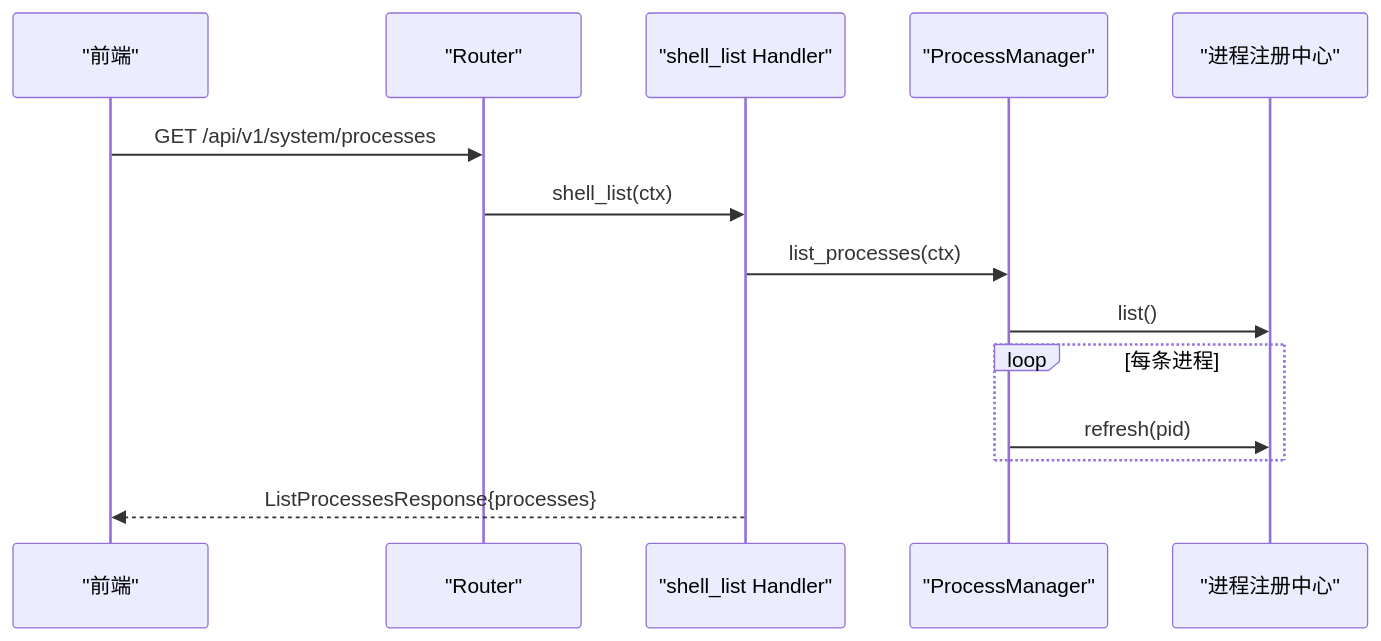
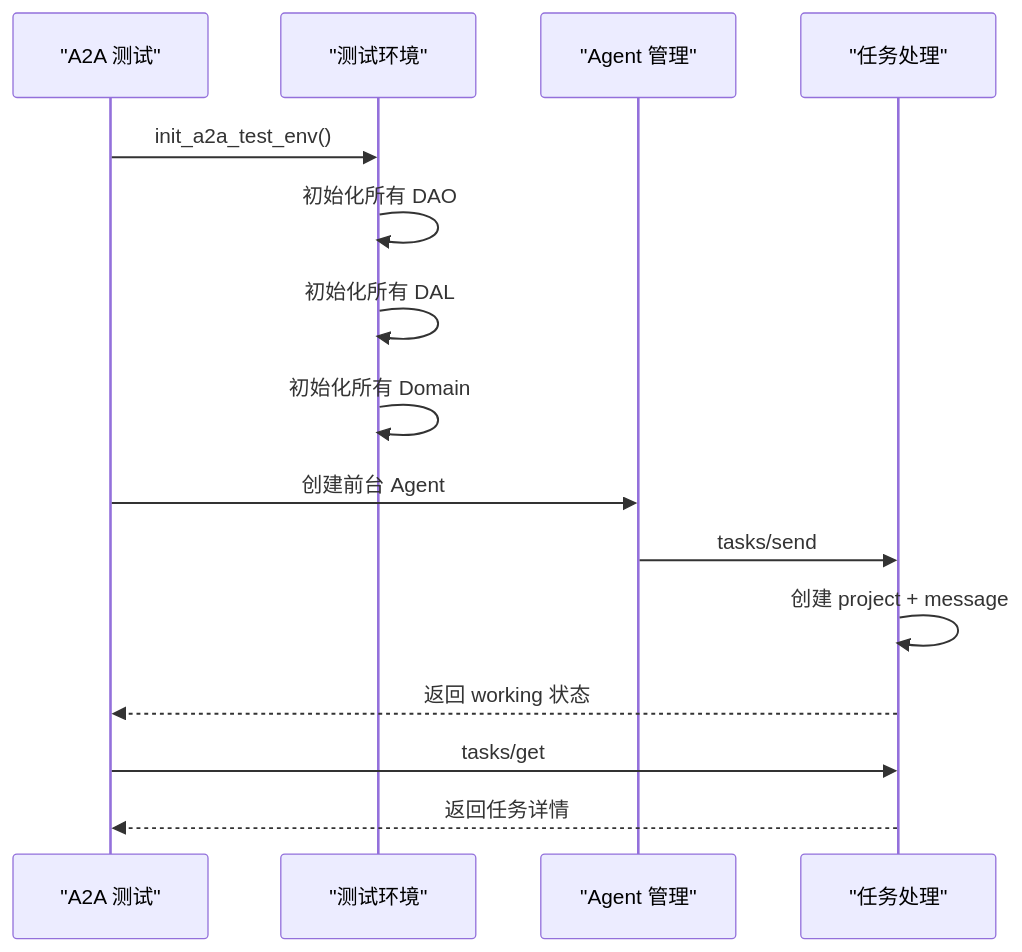
One commit to runningcoders/ai_orz changed the fourth of 5 diagrams in .qoder/repowiki/zh/content/测试指南/端到端测试基础设施.md. Above: the diagram before and after it, drawn with Mermaid. The commit also changed other lines of this file and 5 other files, not shown here.

````diff
--- a/.qoder/repowiki/zh/content/测试指南/端到端测试基础设施.md
+++ b/.qoder/repowiki/zh/content/测试指南/端到端测试基础设施.md
@@ -163,16 +168,17 @@
 ```mermaid
 sequenceDiagram
-participant FE as "前端"
-participant RT as "Router"
-participant HD as "shell_list Handler"
-participant PM as "ProcessManager"
-participant REG as "进程注册中心"
-FE->>RT : GET /api/v1/system/processes
-RT->>HD : shell_list(ctx)
-HD->>PM : list_processes(ctx)
-PM->>REG : list()
-loop 每条进程
-PM->>REG : refresh(pid)
-end
-HD-->>FE : ListProcessesResponse{processes}
+participant Test as "A2A 测试"
+participant Env as "测试环境"
+participant Agent as "Agent 管理"
+participant Task as "任务处理"
+Test->>Env : init_a2a_test_env()
+Env->>Env : 初始化所有 DAO
+Env->>Env : 初始化所有 DAL
+Env->>Env : 初始化所有 Domain
+Test->>Agent : 创建前台 Agent
+Agent->>Task : tasks/send
+Task->>Task : 创建 project + message
+Task-->>Test : 返回 working 状态
+Test->>Task : tasks/get
+Task-->>Test : 返回任务详情
 ```
````
